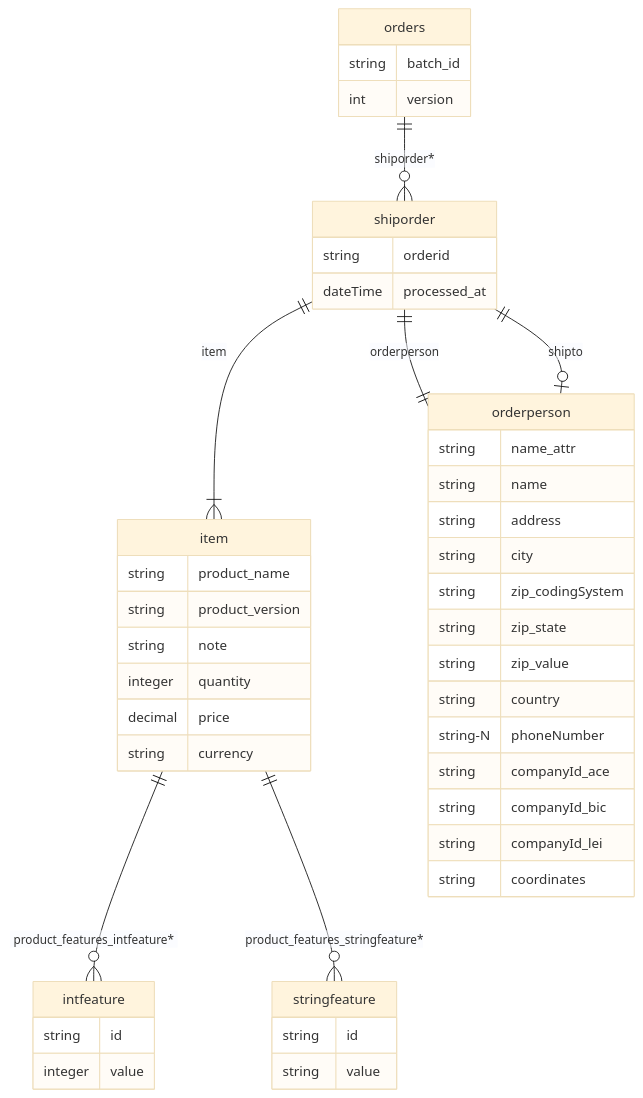
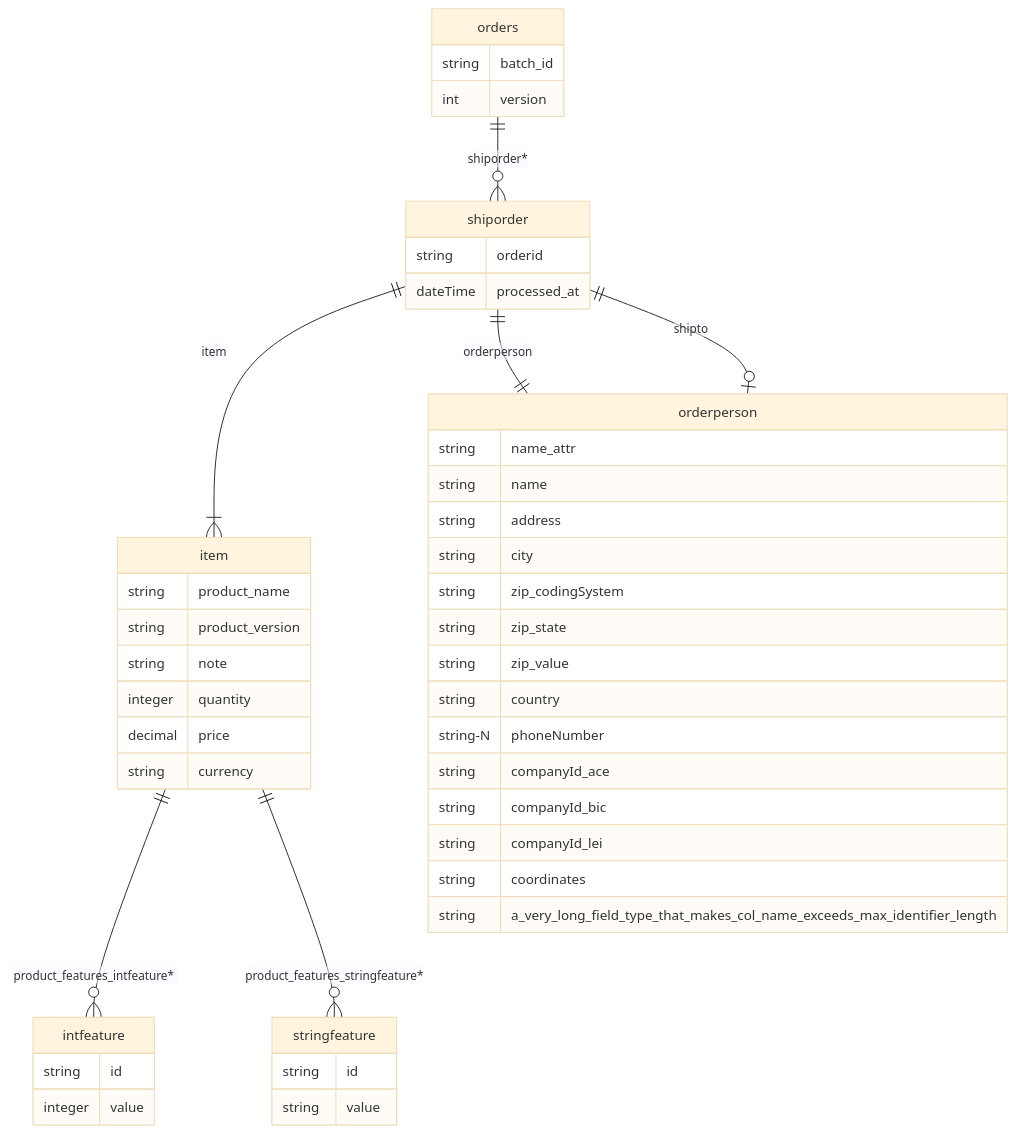
Before and after one commit to cre-dev/xml2db: the diagram in tests/sample_models/orders/orders_erd_version1.md, drawn with Mermaid (base theme). The commit also changed 20 other files, not shown here.

````diff
--- a/tests/sample_models/orders/orders_erd_version1.md
+++ b/tests/sample_models/orders/orders_erd_version1.md
@@ -1,48 +1,49 @@
 ```mermaid
 erDiagram
     item ||--o{ intfeature : "product_features_intfeature*"
     item ||--o{ stringfeature : "product_features_stringfeature*"
     item {
         string product_name
         string product_version
         string note
         integer quantity
         decimal price
         string currency
     }
     orders ||--o{ shiporder : "shiporder*"
     orders {
         string batch_id
         int version
     }
     shiporder ||--|| orderperson : "orderperson"
     shiporder ||--o| orderperson : "shipto"
     shiporder ||--|{ item : "item"
     shiporder {
         string orderid
         dateTime processed_at
     }
     stringfeature {
         string id
         string value
     }
     intfeature {
         string id
         integer value
     }
     orderperson {
         string name_attr
         string name
         string address
         string city
         string zip_codingSystem
         string zip_state
         string zip_value
         string country
         string-N phoneNumber
         string companyId_ace
         string companyId_bic
         string companyId_lei
         string coordinates
+        string a_very_long_field_type_that_makes_col_name_exceeds_max_identifier_length
     }
 ```
````
